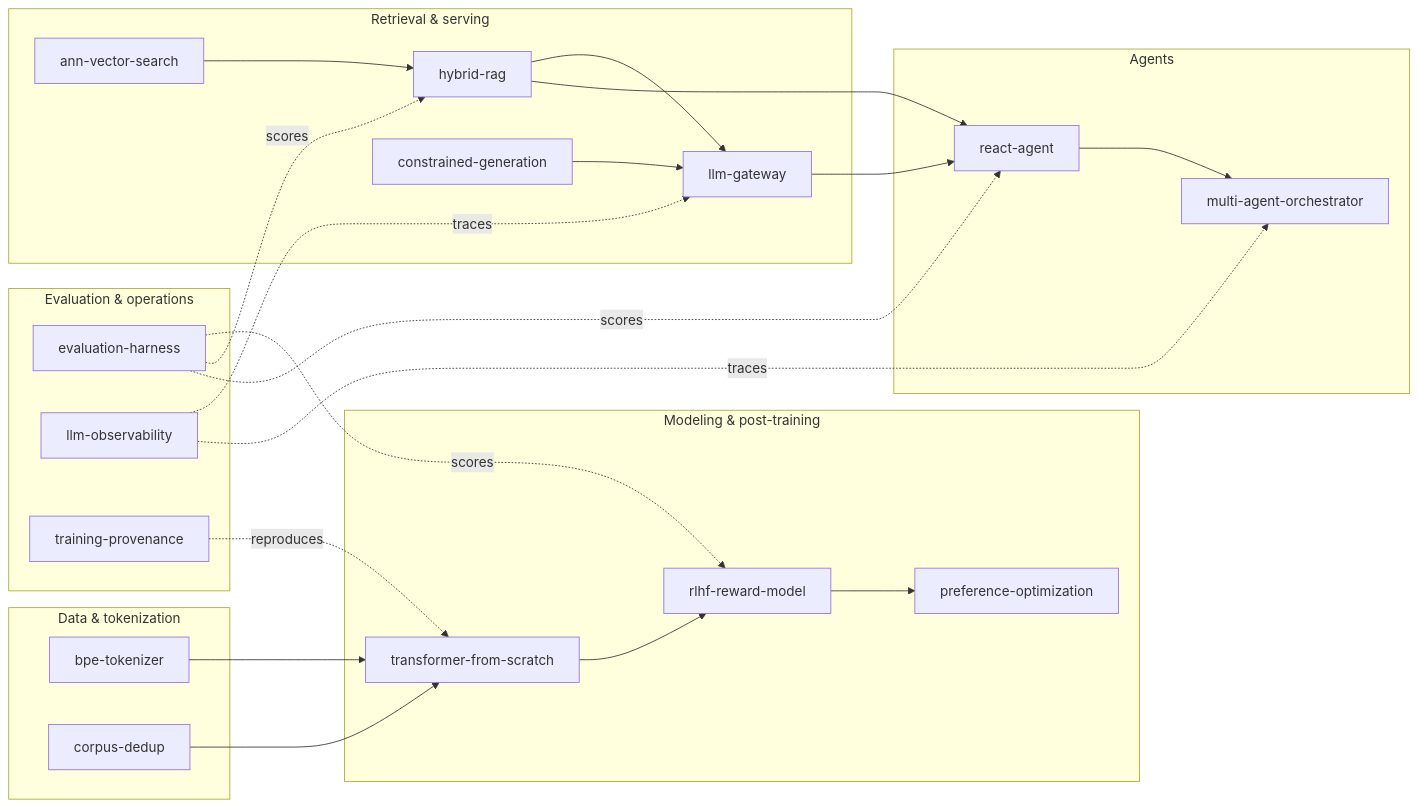
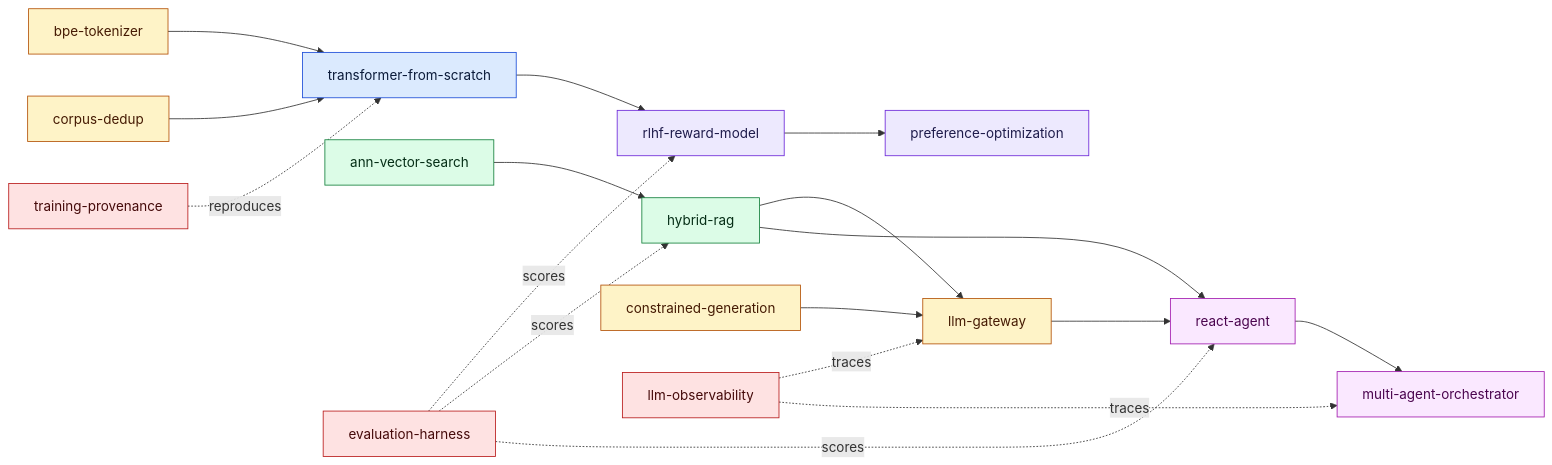
Before and after one commit to adeoluo/adeoluo: the second of 2 diagrams in README.md, drawn with Mermaid. The commit also changed other lines of this file, not shown here.

````diff
--- a/README.md
+++ b/README.md
@@ -50,41 +96,47 @@
 ```mermaid
 flowchart LR
-  subgraph Data["Data & tokenization"]
-    BPE[bpe-tokenizer]
-    DEDUP[corpus-dedup]
-  end
-  subgraph Train["Modeling & post-training"]
-    TF[transformer-from-scratch]
-    RLHF[rlhf-reward-model]
-    DPO[preference-optimization]
-  end
-  subgraph Serve["Retrieval & serving"]
-    ANN[ann-vector-search]
-    RAG[hybrid-rag]
-    GW[llm-gateway]
-    CG[constrained-generation]
-  end
-  subgraph Agents["Agents"]
-    REACT[react-agent]
-    ORCH[multi-agent-orchestrator]
-  end
-  subgraph Trust["Evaluation & operations"]
-    EVAL[evaluation-harness]
-    OBS[llm-observability]
-    PROV[training-provenance]
-  end
+  BPE["bpe-tokenizer"]
+  DEDUP["corpus-dedup"]
+  TF["transformer-from-scratch"]
+  RLHF["rlhf-reward-model"]
+  DPO["preference-optimization"]
+  ANN["ann-vector-search"]
+  RAG["hybrid-rag"]
+  GW["llm-gateway"]
+  CG["constrained-generation"]
+  REACT["react-agent"]
+  ORCH["multi-agent-orchestrator"]
+  EVAL["evaluation-harness"]
+  OBS["llm-observability"]
+  PROV["training-provenance"]
 
   BPE --> TF
   DEDUP --> TF
   TF --> RLHF --> DPO
   ANN --> RAG --> GW
   CG --> GW
   GW --> REACT --> ORCH
   RAG --> REACT
   EVAL -. scores .-> RLHF
   EVAL -. scores .-> RAG
   EVAL -. scores .-> REACT
   OBS -. traces .-> GW
   OBS -. traces .-> ORCH
   PROV -. reproduces .-> TF
+
+  classDef data fill:#fef3c7,stroke:#b45309,color:#451a03;
+  classDef model fill:#dbeafe,stroke:#1d4ed8,color:#0b1b3a;
+  classDef align fill:#ede9fe,stroke:#6d28d9,color:#1e1b4b;
+  classDef retr fill:#dcfce7,stroke:#15803d,color:#052e16;
+  classDef serve fill:#fef3c7,stroke:#b45309,color:#451a03;
+  classDef agent fill:#fae8ff,stroke:#a21caf,color:#4a044e;
+  classDef trust fill:#fee2e2,stroke:#b91c1c,color:#450a0a;
+
+  class BPE,DEDUP data;
+  class TF model;
+  class RLHF,DPO align;
+  class ANN,RAG retr;
+  class GW,CG serve;
+  class REACT,ORCH agent;
+  class EVAL,OBS,PROV trust;
 ```
````
